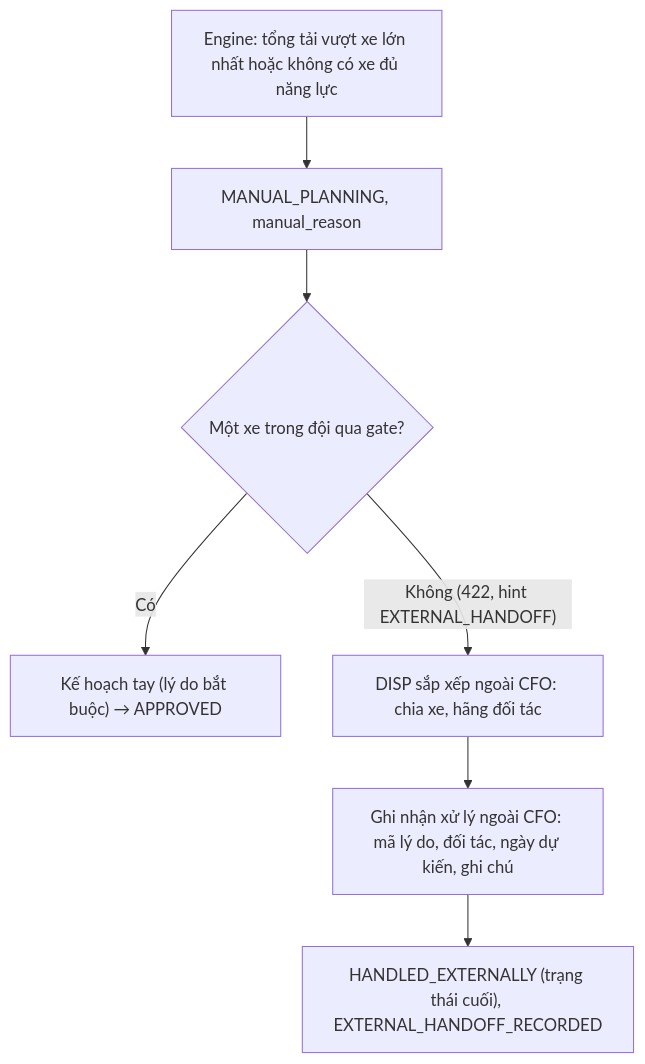
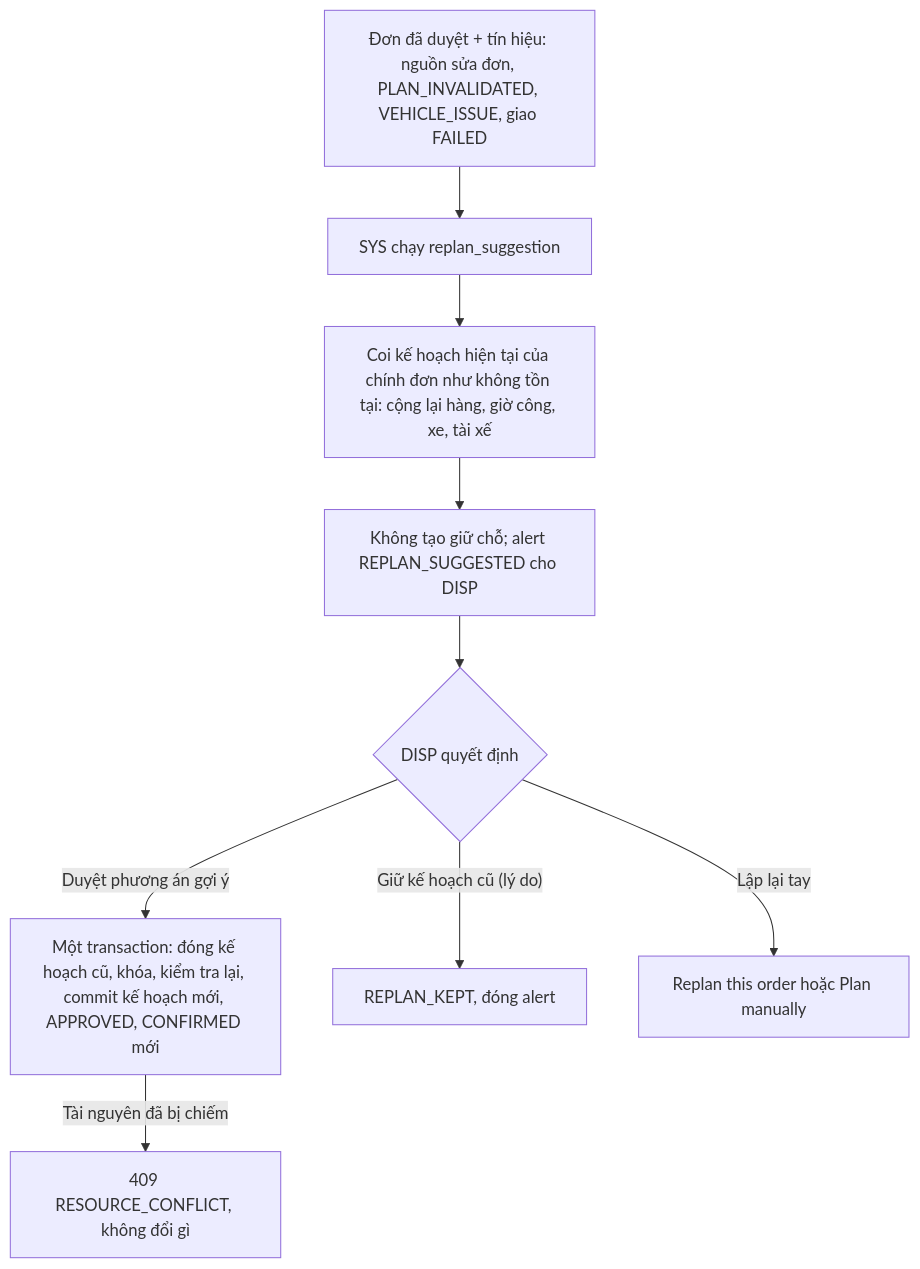
Before and after one commit to qaztyhn/cfo-itconsultant: diagram 11 of 13 in docs/07_User_Flows.md, drawn with Mermaid. The commit also changed other lines of this file and 72 other files, not shown here.

First line of the commit message:
docs+scaffold: v1.2 decisions (multi-vehicle orders, replan suggestions, revenue)

````diff
--- a/docs/07_User_Flows.md
+++ b/docs/07_User_Flows.md
@@ -299,9 +320,11 @@
 ```mermaid
 flowchart TD
-  A["Engine: tổng tải vượt xe lớn nhất hoặc không có xe đủ năng lực"] --> B["MANUAL_PLANNING, manual_reason"]
-  B --> C{"Một xe trong đội qua gate?"}
-  C -- "Có" --> D["Kế hoạch tay (lý do bắt buộc) → APPROVED"]
-  C -- "Không (422, hint EXTERNAL_HANDOFF)" --> E["DISP sắp xếp ngoài CFO: chia xe, hãng đối tác"]
-  E --> F["Ghi nhận xử lý ngoài CFO: mã lý do, đối tác, ngày dự kiến, ghi chú"]
-  F --> G["HANDLED_EXTERNALLY (trạng thái cuối), EXTERNAL_HANDOFF_RECORDED"]
+  A["Đơn đã duyệt + tín hiệu: nguồn sửa đơn, PLAN_INVALIDATED, VEHICLE_ISSUE, giao FAILED"] --> B["SYS chạy replan_suggestion"]
+  B --> C["Coi kế hoạch hiện tại của chính đơn như không tồn tại: cộng lại hàng, giờ công, xe, tài xế"]
+  C --> D["Không tạo giữ chỗ; alert REPLAN_SUGGESTED cho DISP"]
+  D --> E{"DISP quyết định"}
+  E -- "Duyệt phương án gợi ý" --> F["Một transaction: đóng kế hoạch cũ, khóa, kiểm tra lại, commit kế hoạch mới, APPROVED, CONFIRMED mới"]
+  F -- "Tài nguyên đã bị chiếm" --> G["409 RESOURCE_CONFLICT, không đổi gì"]
+  E -- "Giữ kế hoạch cũ (lý do)" --> H["REPLAN_KEPT, đóng alert"]
+  E -- "Lập lại tay" --> I["Replan this order hoặc Plan manually"]
 ```
````
